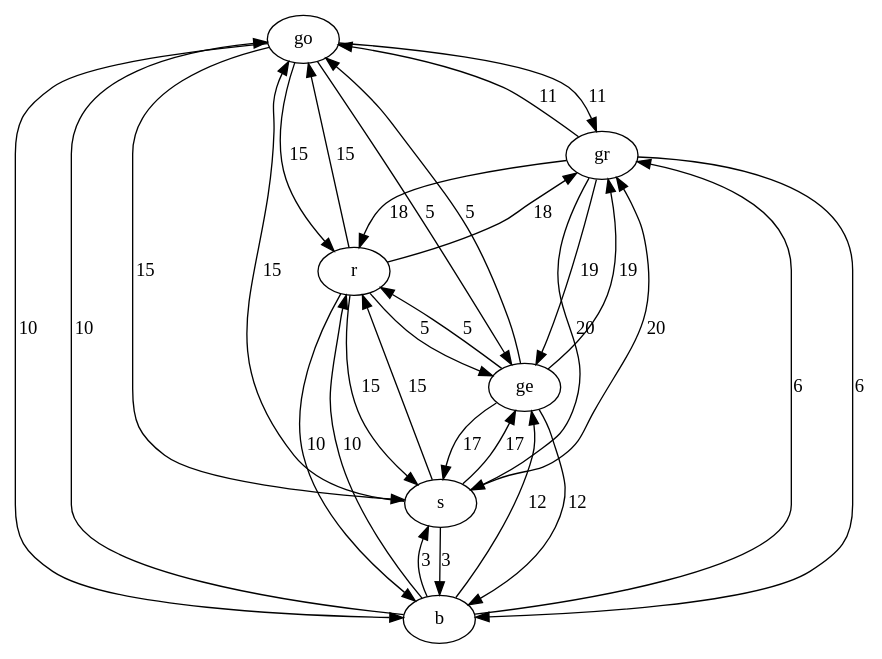
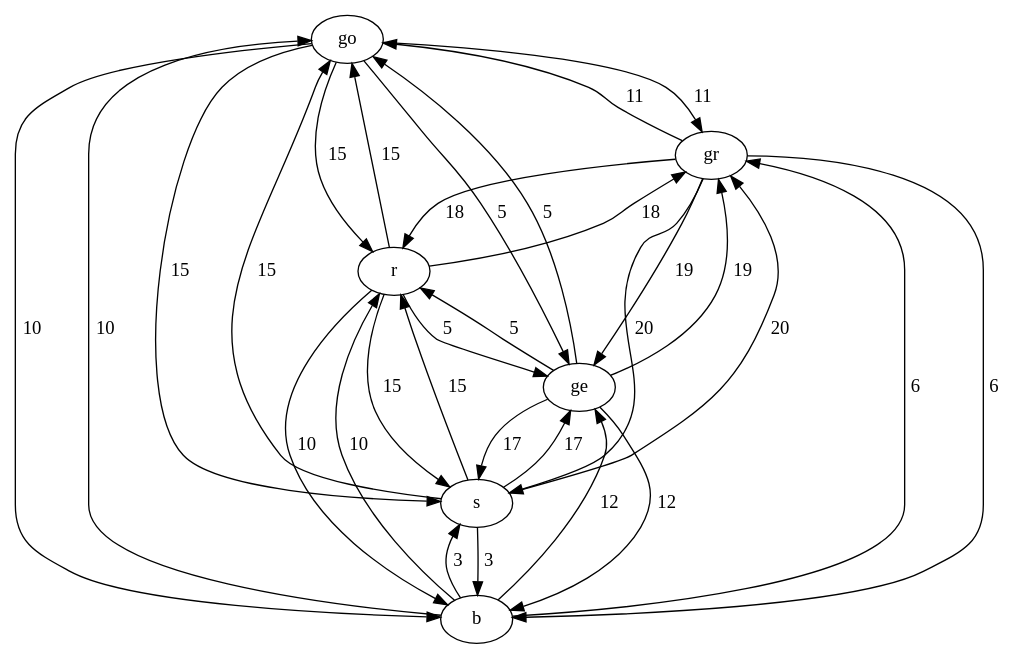
The diagram in io/graph_12.dot (MaxPower9001/B-AI3GKAP), drawn with Graphviz before and after one commit. The commit also changed 15 other files, not shown here.

```diff
--- a/io/graph_12.dot
+++ b/io/graph_12.dot
@@ -1,39 +1,39 @@
 digraph graph_12
 {
 go
 gr
 b
 s
 ge
 r
-go -> gr [label="11"]
-go -> b [label="10"]
-go -> s [label="15"]
-go -> ge [label="5"]
-go -> r [label="15"]
-gr -> go [label="11"]
-gr -> b [label="6"]
-gr -> s [label="20"]
-gr -> ge [label="19"]
-gr -> r [label="18"]
-b -> go [label="10"]
-b -> gr [label="6"]
-b -> s [label="3"]
-b -> ge [label="12"]
-b -> r [label="10"]
-s -> go [label="15"]
-s -> gr [label="20"]
-s -> b [label="3"]
-s -> ge [label="17"]
-s -> r [label="15"]
-ge -> go [label="5"]
-ge -> gr [label="19"]
-ge -> b [label="12"]
-ge -> s [label="17"]
-ge -> r [label="5"]
-r -> go [label="15"]
-r -> gr [label="18"]
-r -> b [label="10"]
-r -> s [label="15"]
-r -> ge [label="5"]
+go -> gr [label=" 11  "]
+go -> b [label=" 10  "]
+go -> s [label=" 15  "]
+go -> ge [label=" 5  "]
+go -> r [label=" 15  "]
+gr -> go [label=" 11  "]
+gr -> b [label=" 6  "]
+gr -> s [label=" 20  "]
+gr -> ge [label=" 19  "]
+gr -> r [label=" 18  "]
+b -> go [label=" 10  "]
+b -> gr [label=" 6  "]
+b -> s [label=" 3  "]
+b -> ge [label=" 12  "]
+b -> r [label=" 10  "]
+s -> go [label=" 15  "]
+s -> gr [label=" 20  "]
+s -> b [label=" 3  "]
+s -> ge [label=" 17  "]
+s -> r [label=" 15  "]
+ge -> go [label=" 5  "]
+ge -> gr [label=" 19  "]
+ge -> b [label=" 12  "]
+ge -> s [label=" 17  "]
+ge -> r [label=" 5  "]
+r -> go [label=" 15  "]
+r -> gr [label=" 18  "]
+r -> b [label=" 10  "]
+r -> s [label=" 15  "]
+r -> ge [label=" 5  "]
 }
```
